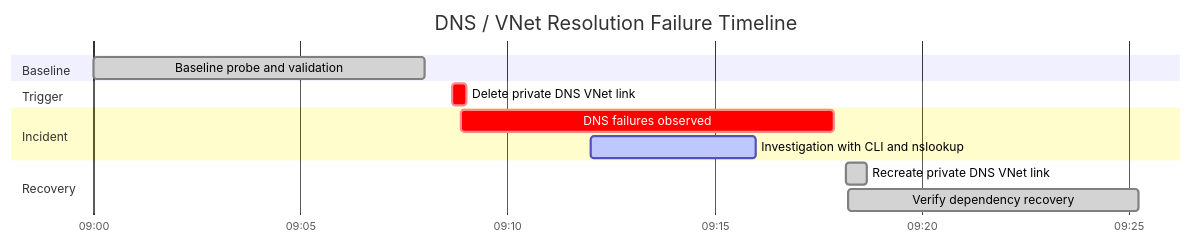
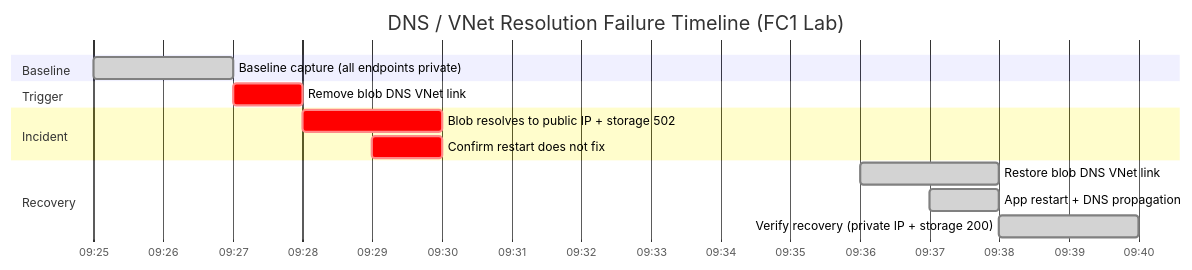
The fifth of 5 diagrams in docs/troubleshooting/lab-guides/dns-vnet-resolution.md (yeongseon/azure-functions-practical-guide), drawn with Mermaid before and after one commit. The commit also changed other lines of this file and 21 other files, not shown here.

First line of the commit message:
feat: update all 9 lab guides with real Azure evidence and Oracle-reviewed KQL

````diff
--- a/docs/troubleshooting/lab-guides/dns-vnet-resolution.md
+++ b/docs/troubleshooting/lab-guides/dns-vnet-resolution.md
@@ -703,20 +674,17 @@
 ```mermaid
 gantt
-    title DNS / VNet Resolution Failure Timeline
-    dateFormat  YYYY-MM-DDTHH:mm:ss
+    title DNS / VNet Resolution Failure Timeline (FC1 Lab)
+    dateFormat  HH:mm
     axisFormat  %H:%M
-
     section Baseline
-    Baseline probe and validation         :done, b1, 2026-04-04T09:00:00, 8m
-
+    Baseline capture (all endpoints private)    :done, b1, 09:25, 2m
     section Trigger
-    Delete private DNS VNet link          :crit, t1, 2026-04-04T09:08:40, 20s
-
+    Remove blob DNS VNet link                   :crit, t1, 09:27, 1m
     section Incident
-    DNS failures observed                 :crit, i1, 2026-04-04T09:08:52, 9m
-    Investigation with CLI and nslookup   :active, i2, 2026-04-04T09:12:00, 4m
-
+    Blob resolves to public IP + storage 502    :crit, i1, 09:28, 2m
+    Confirm restart does not fix                :crit, i2, 09:29, 1m
     section Recovery
-    Recreate private DNS VNet link        :done, r1, 2026-04-04T09:18:10, 30s
-    Verify dependency recovery            :done, r2, 2026-04-04T09:18:14, 7m
+    Restore blob DNS VNet link                  :done, r1, 09:36, 2m
+    App restart + DNS propagation               :done, r2, 09:37, 1m
+    Verify recovery (private IP + storage 200)  :done, r3, 09:38, 2m
 ```
````
